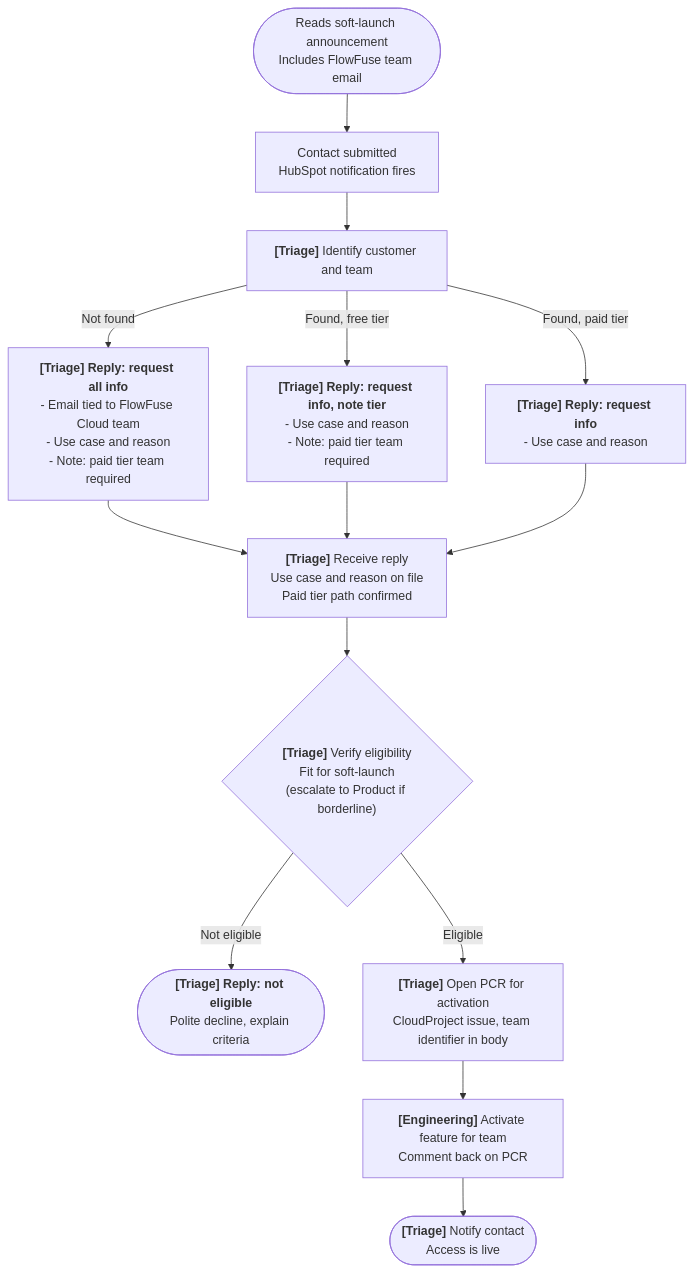
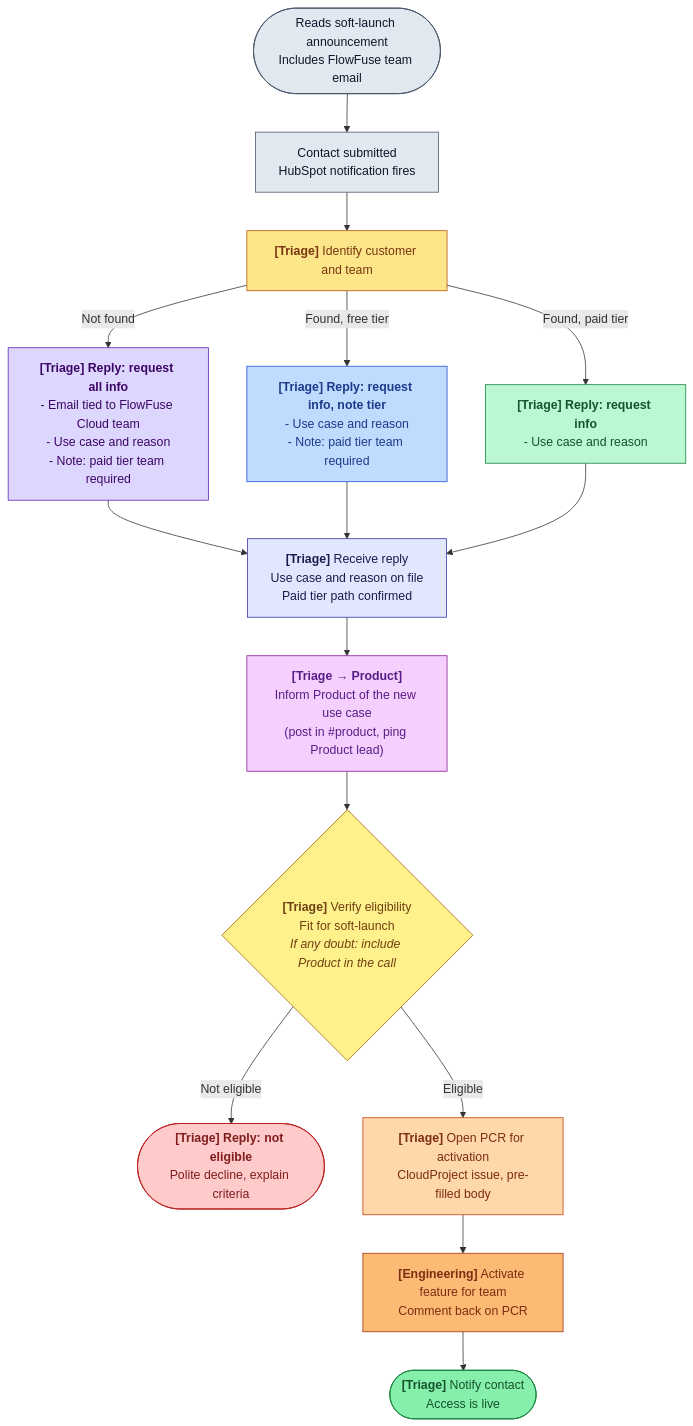
One commit to FlowFuse/website changed the diagram in src/handbook/engineering/ops/expert-agentic-application-building-access.md. Above: the diagram before and after it, drawn with Mermaid. The commit also changed other lines of this file, not shown here.

First line of the commit message:
handbook: color the flow, inform Product, prefill PCR via URL

````diff
--- a/src/handbook/engineering/ops/expert-agentic-application-building-access.md
+++ b/src/handbook/engineering/ops/expert-agentic-application-building-access.md
@@ -22,31 +22,58 @@
 ```mermaid
 flowchart TD
     Start(["Reads soft-launch announcement<br />Includes FlowFuse team email"])
     Contact["Contact submitted<br />HubSpot notification fires"]
     Identify["<b>[Triage]</b> Identify customer and team"]
 
     AskUnknown["<b>[Triage] Reply: request all info</b><br />- Email tied to FlowFuse Cloud team<br />- Use case and reason<br />- Note: paid tier team required"]
     AskFree["<b>[Triage] Reply: request info, note tier</b><br />- Use case and reason<br />- Note: paid tier team required"]
     AskPaid["<b>[Triage] Reply: request info</b><br />- Use case and reason"]
 
     Receive["<b>[Triage]</b> Receive reply<br />Use case and reason on file<br />Paid tier path confirmed"]
+    InformProduct["<b>[Triage &rarr; Product]</b><br />Inform Product of the new use case<br />(post in #product, ping Product lead)"]
 
-    Eligibility{"<b>[Triage]</b> Verify eligibility<br />Fit for soft-launch<br />(escalate to Product if borderline)"}
+    Eligibility{"<b>[Triage]</b> Verify eligibility<br />Fit for soft-launch<br /><i>If any doubt: include Product in the call</i>"}
     Decline(["<b>[Triage] Reply: not eligible</b><br />Polite decline, explain criteria"])
-    PCR["<b>[Triage]</b> Open PCR for activation<br />CloudProject issue, team identifier in body"]
+    PCR["<b>[Triage]</b> Open PCR for activation<br />CloudProject issue, pre-filled body"]
     Activate["<b>[Engineering]</b> Activate feature for team<br />Comment back on PCR"]
     Notify(["<b>[Triage]</b> Notify contact<br />Access is live"])
 
     Start --> Contact --> Identify
     Identify -- "Not found" --> AskUnknown
     Identify -- "Found, free tier" --> AskFree
     Identify -- "Found, paid tier" --> AskPaid
     AskUnknown --> Receive
     AskFree --> Receive
     AskPaid --> Receive
-    Receive --> Eligibility
+    Receive --> InformProduct --> Eligibility
     Eligibility -- "Not eligible" --> Decline
     Eligibility -- "Eligible" --> PCR
     PCR --> Activate
     Activate --> Notify
+
+    classDef inbound fill:#e2e8f0,stroke:#475569,color:#0f172a
+    classDef triage fill:#fde68a,stroke:#b45309,color:#78350f
+    classDef askUnknown fill:#ddd6fe,stroke:#5b21b6,color:#3b0764
+    classDef askFree fill:#bfdbfe,stroke:#1d4ed8,color:#1e3a8a
+    classDef askPaid fill:#bbf7d0,stroke:#15803d,color:#14532d
+    classDef gather fill:#e0e7ff,stroke:#3730a3,color:#1e1b4b
+    classDef product fill:#f5d0fe,stroke:#86198f,color:#581c87
+    classDef decision fill:#fef08a,stroke:#a16207,color:#713f12
+    classDef decline fill:#fecaca,stroke:#b91c1c,color:#7f1d1d
+    classDef handoff fill:#fed7aa,stroke:#c2410c,color:#7c2d12
+    classDef engineering fill:#fdba74,stroke:#9a3412,color:#7c2d12
+    classDef activate fill:#86efac,stroke:#15803d,color:#14532d
+
+    class Start,Contact inbound
+    class Identify triage
+    class AskUnknown askUnknown
+    class AskFree askFree
+    class AskPaid askPaid
+    class Receive gather
+    class InformProduct product
+    class Eligibility decision
+    class Decline decline
+    class PCR handoff
+    class Activate engineering
+    class Notify activate
 ```
````
